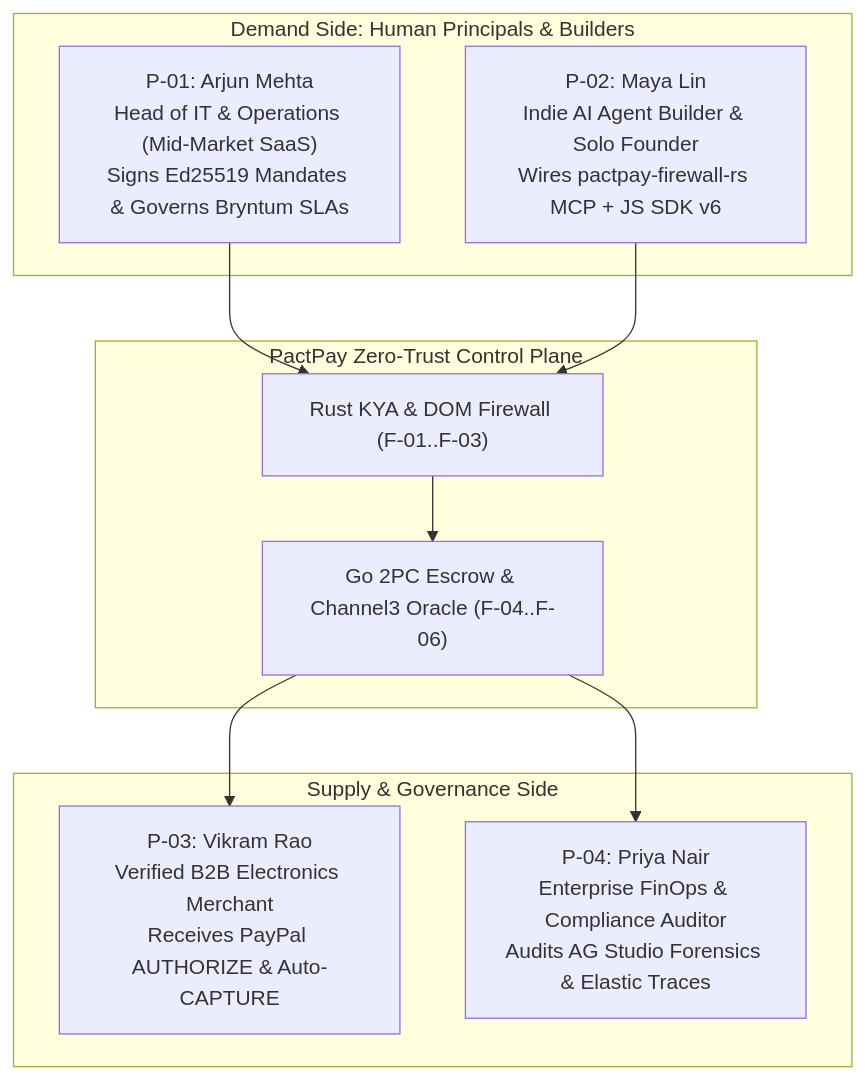
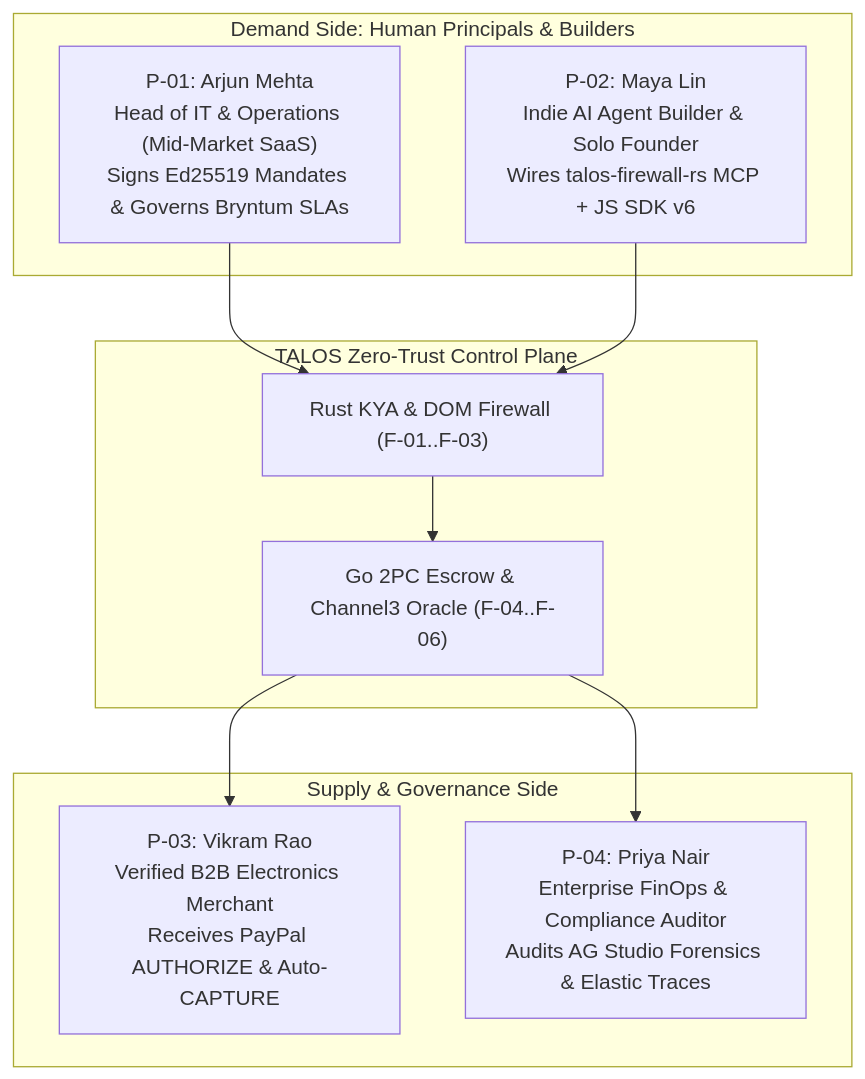
Before and after one commit to sruj08/Talos: the diagram in docs/01-product/PERSONAS.md, drawn with Mermaid. The commit also changed other lines of this file and 457 other files, not shown here.

Commit message:
feat: initialize polyglot project architecture with comprehensive documentation, Go orchestrator, and Rust firewall services

````diff
--- a/docs/01-product/PERSONAS.md
+++ b/docs/01-product/PERSONAS.md
@@ -14,23 +14,23 @@
 ```mermaid
 flowchart TB
     subgraph Principals["Demand Side: Human Principals & Builders"]
         P01["P-01: Arjun Mehta<br/>Head of IT & Operations (Mid-Market SaaS)<br/>Signs Ed25519 Mandates & Governs Bryntum SLAs"]
-        P02["P-02: Maya Lin<br/>Indie AI Agent Builder & Solo Founder<br/>Wires pactpay-firewall-rs MCP + JS SDK v6"]
+        P02["P-02: Maya Lin<br/>Indie AI Agent Builder & Solo Founder<br/>Wires talos-firewall-rs MCP + JS SDK v6"]
     end
 
-    subgraph ControlPlane["PactPay Zero-Trust Control Plane"]
+    subgraph ControlPlane["TALOS Zero-Trust Control Plane"]
         FW["Rust KYA & DOM Firewall (F-01..F-03)"]
         ORCH["Go 2PC Escrow & Channel3 Oracle (F-04..F-06)"]
     end
 
     subgraph SupplyAndAudit["Supply & Governance Side"]
         P03["P-03: Vikram Rao<br/>Verified B2B Electronics Merchant<br/>Receives PayPal AUTHORIZE & Auto-CAPTURE"]
         P04["P-04: Priya Nair<br/>Enterprise FinOps & Compliance Auditor<br/>Audits AG Studio Forensics & Elastic Traces"]
     end
 
     P01 --> FW
     P02 --> FW
     FW --> ORCH
     ORCH --> P03
     ORCH --> P04
 ```
````
